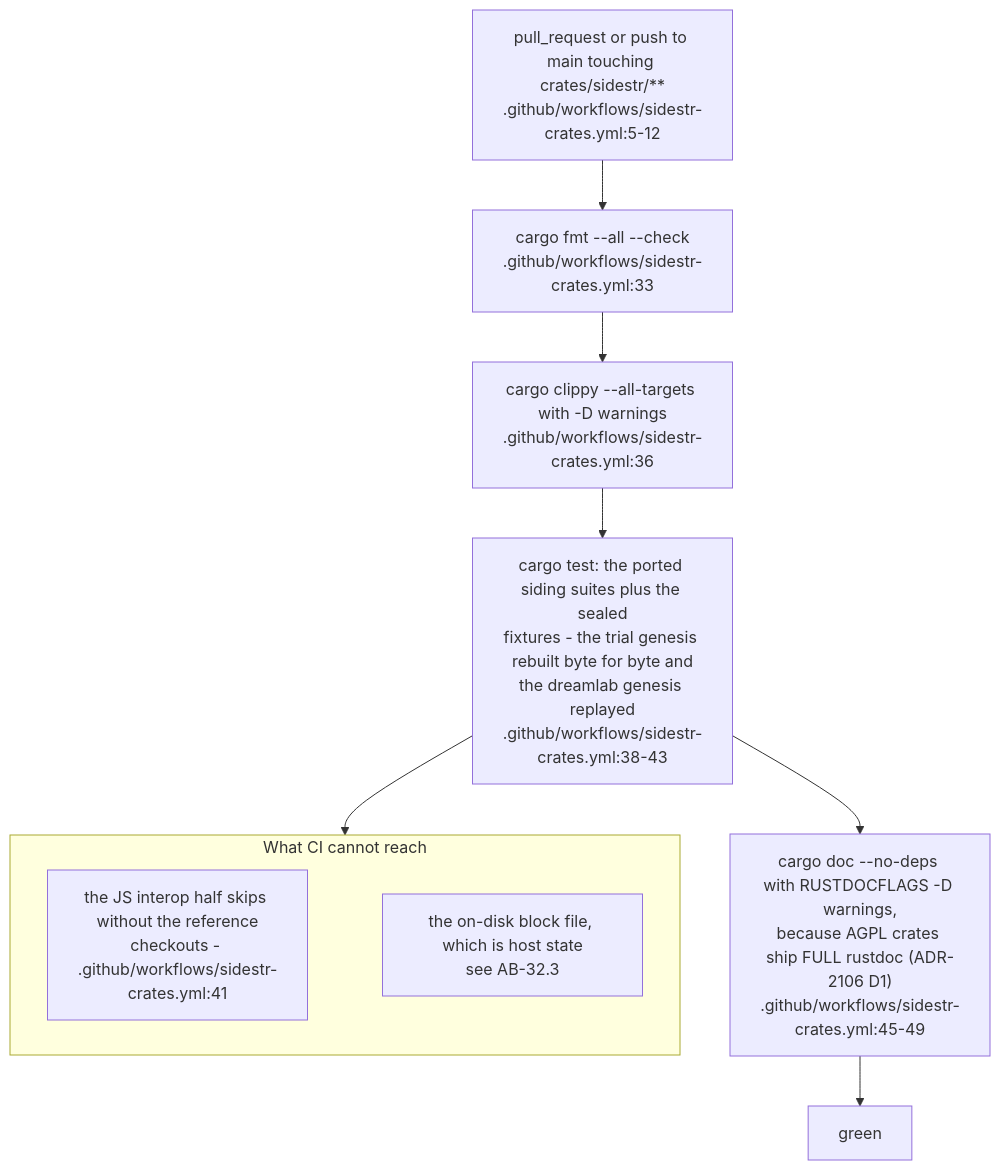
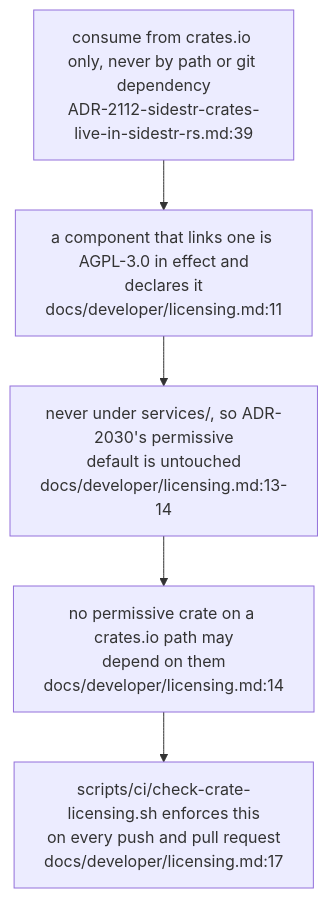
Before and after one commit to DreamLab-AI/VisionFlow: the second of 2 diagrams in docs/diagrams/agentbox/33-sidestr-crates.md, drawn with Mermaid. The commit also changed other lines of this file and 136 other files, not shown here.

First line of the commit message:
docs(diagrams): refresh the whole corpus to code HEAD and prune low-value diagrams

````diff
--- a/docs/diagrams/agentbox/33-sidestr-crates.md
+++ b/docs/diagrams/agentbox/33-sidestr-crates.md
@@ -164,15 +46,9 @@
 ```mermaid
 flowchart TB
-    TRIG["pull_request or push to main touching crates/sidestr/**<br/>.github/workflows/sidestr-crates.yml:5-12"]
-    TRIG --> FMT["cargo fmt --all --check<br/>.github/workflows/sidestr-crates.yml:33"]
-    FMT --> CLIP["cargo clippy --all-targets with -D warnings<br/>.github/workflows/sidestr-crates.yml:36"]
-    CLIP --> TEST["cargo test: the ported siding suites plus the sealed<br/>fixtures - the trial genesis rebuilt byte for byte and<br/>the dreamlab genesis replayed<br/>.github/workflows/sidestr-crates.yml:38-43"]
-    TEST --> DOC["cargo doc --no-deps with RUSTDOCFLAGS -D warnings,<br/>because AGPL crates ship FULL rustdoc (ADR-2106 D1)<br/>.github/workflows/sidestr-crates.yml:45-49"]
-    DOC --> OK["green"]
-    subgraph skip["What CI cannot reach"]
-        S1["the JS interop half skips without the reference<br/>checkouts - .github/workflows/sidestr-crates.yml:41"]
-        S2["the on-disk block file, which is host state<br/>see AB-32.3"]
-        S1 ~~~ S2
-    end
-    TEST --> skip
+    R1["consume from crates.io only, never by path or git dependency<br/>ADR-2112-sidestr-crates-live-in-sidestr-rs.md:39"]
+    R2["a component that links one is AGPL-3.0 in effect and<br/>declares it<br/>docs/developer/licensing.md:11"]
+    R3["never under services/, so ADR-2030's permissive<br/>default is untouched<br/>docs/developer/licensing.md:13-14"]
+    R4["no permissive crate on a crates.io path may<br/>depend on them<br/>docs/developer/licensing.md:14"]
+    R5["scripts/ci/check-crate-licensing.sh enforces this<br/>on every push and pull request<br/>docs/developer/licensing.md:17"]
+    R1 --> R2 --> R3 --> R4 --> R5
 ```
````
